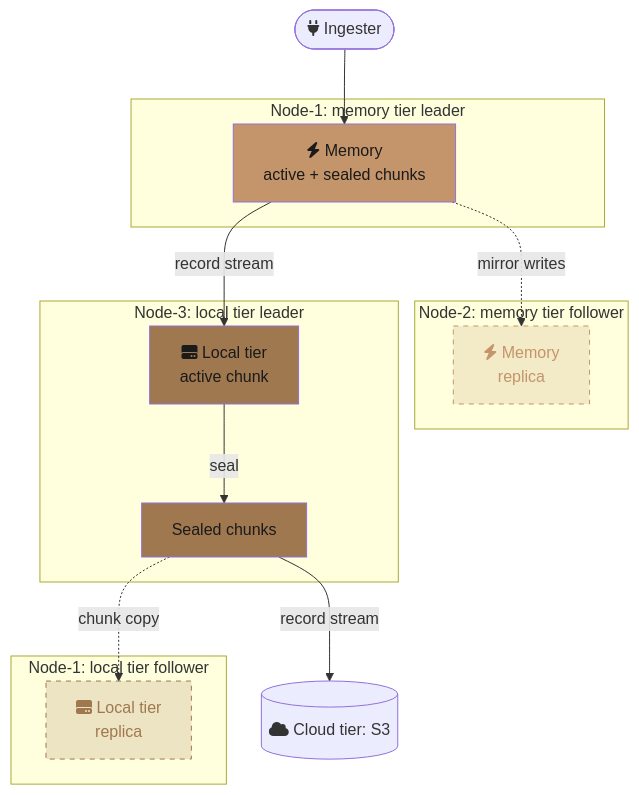
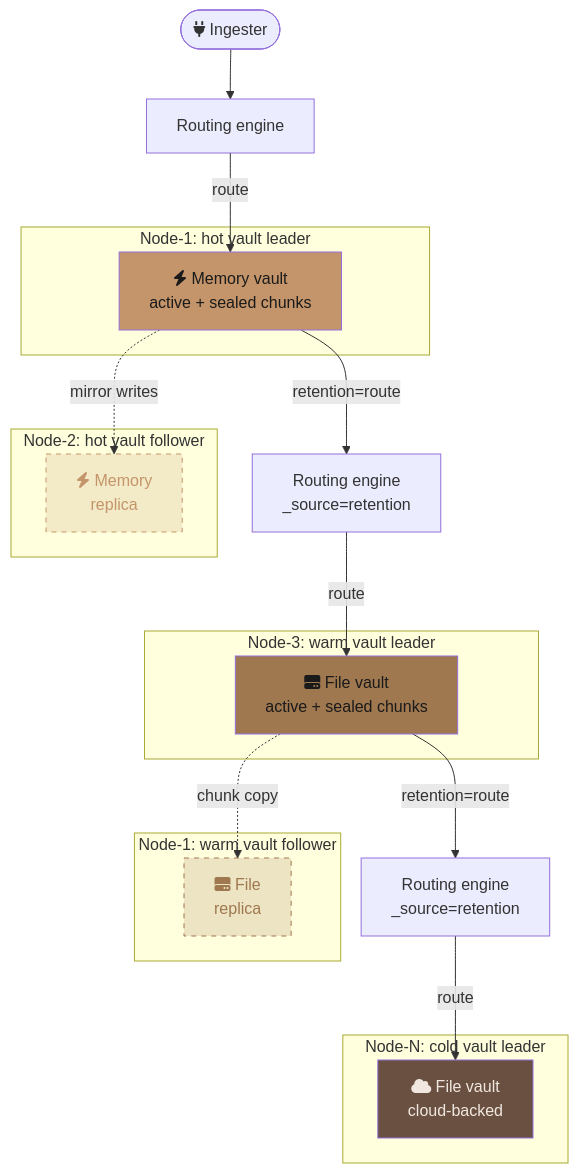
One commit to kluzzebass/gastrolog changed the third of 5 diagrams in docs/vision.md. Above: the diagram before and after it, drawn with Mermaid. The commit also changed other lines of this file and 98 other files, not shown here.

````diff
--- a/docs/vision.md
+++ b/docs/vision.md
@@ -188,31 +188,39 @@
 ```mermaid
 flowchart TB
-    I([fa:fa-plug Ingester]) --> M
+    I([fa:fa-plug Ingester]) --> RT[Routing engine]
 
-    subgraph node1mem [Node-1: memory tier leader]
-        M[fa:fa-bolt Memory<br/>active + sealed chunks]
+    RT -->|route| HOT
+    HOT -->|retention=route| RT2[Routing engine<br/>_source=retention]
+    RT2 -->|route| WARM
+    WARM -->|retention=route| RT3[Routing engine<br/>_source=retention]
+    RT3 -->|route| COLD
+
+    subgraph node1hot [Node-1: hot vault leader]
+        HOT[fa:fa-bolt Memory vault<br/>active + sealed chunks]
     end
 
-    subgraph node2mem [Node-2: memory tier follower]
-        MR[fa:fa-bolt Memory<br/>replica]
+    subgraph node2hot [Node-2: hot vault follower]
+        HOT_R[fa:fa-bolt Memory<br/>replica]
     end
 
-    subgraph node3local [Node-3: local tier leader]
-        L[fa:fa-hard-drive Local tier<br/>active chunk] -->|seal| LS[Sealed chunks]
+    subgraph node3warm [Node-3: warm vault leader]
+        WARM[fa:fa-hard-drive File vault<br/>active + sealed chunks]
     end
 
-    subgraph node1local [Node-1: local tier follower]
-        LR[fa:fa-hard-drive Local tier<br/>replica]
+    subgraph node1warm [Node-1: warm vault follower]
+        WARM_R[fa:fa-hard-drive File<br/>replica]
     end
 
-    M -.->|mirror writes| MR
-    M -->|record stream| L
-    LS -->|record stream| CS[(fa:fa-cloud Cloud tier: S3)]
-    LS -.->|chunk copy| LR
+    subgraph clouds3 [Node-N: cold vault leader]
+        COLD[fa:fa-cloud File vault<br/>cloud-backed]
+    end
 
-    style M fill:#c4956a,color:#1a1a1a
-    style L fill:#a07850,color:#1a1a1a
-    style LS fill:#a07850,color:#1a1a1a
-    style MR fill:#c4956a33,color:#c4956a,stroke:#c4956a,stroke-dasharray:5
-    style LR fill:#a0785033,color:#a07850,stroke:#a07850,stroke-dasharray:5
+    HOT -.->|mirror writes| HOT_R
+    WARM -.->|chunk copy| WARM_R
+
+    style HOT fill:#c4956a,color:#1a1a1a
+    style WARM fill:#a07850,color:#1a1a1a
+    style COLD fill:#6a5040,color:#f0e8e0
+    style HOT_R fill:#c4956a33,color:#c4956a,stroke:#c4956a,stroke-dasharray:5
+    style WARM_R fill:#a0785033,color:#a07850,stroke:#a07850,stroke-dasharray:5
 ```
````
